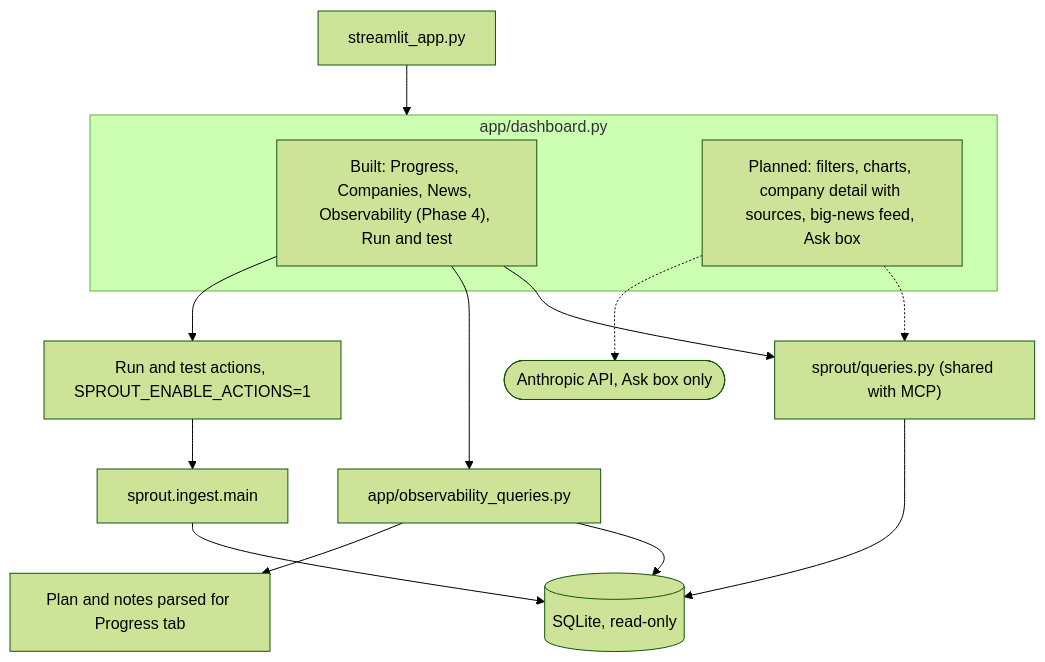
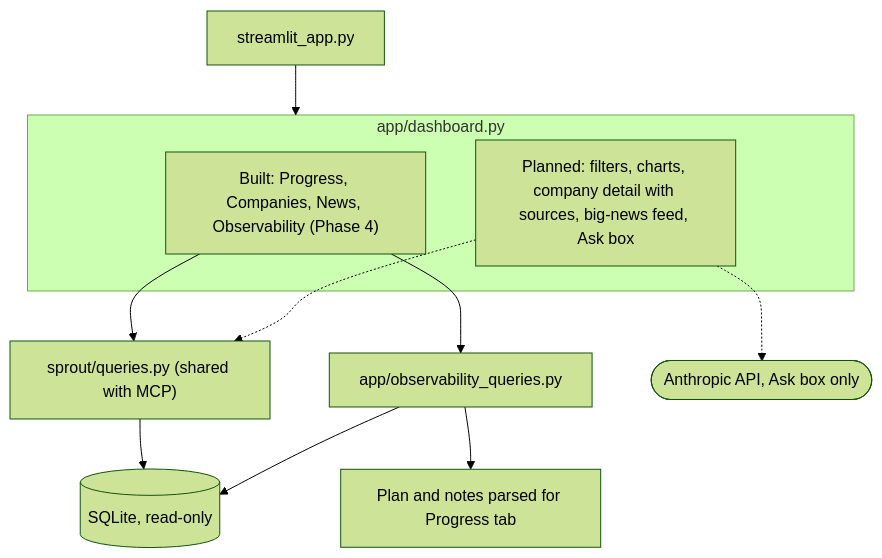
Before and after one commit to Farzaanee/sprout: the diagram in docs/architecture/phases/phase-7-dashboard.md, drawn with Mermaid (forest theme). The commit also changed other lines of this file and 11 other files, not shown here.

````diff
--- a/docs/architecture/phases/phase-7-dashboard.md
+++ b/docs/architecture/phases/phase-7-dashboard.md
@@ -5,26 +5,21 @@
 ```mermaid
 flowchart TB
     ENTRY["streamlit_app.py"]
     subgraph UI["app/dashboard.py"]
-        T1["Built: Progress, Companies, News, Observability (Phase 4), Run and test"]
+        T1["Built: Progress, Companies, News, Observability (Phase 4)"]
         T2["Planned: filters, charts, company detail with sources, big-news feed, Ask box"]
     end
     Q["sprout/queries.py (shared with MCP)"]
     OQ["app/observability_queries.py"]
     SQL[("SQLite, read-only")]
     DOCS["Plan and notes parsed for Progress tab"]
-    ACT["Run and test actions, SPROUT_ENABLE_ACTIONS=1"]
-    ING["sprout.ingest.main"]
     LLM(["Anthropic API, Ask box only"])
     ENTRY --> UI
     T1 --> Q
     T1 --> OQ
     T2 -.-> Q
     Q --> SQL
     OQ --> SQL
     OQ --> DOCS
-    T1 --> ACT
-    ACT --> ING
-    ING --> SQL
     T2 -.-> LLM
 ```
````
